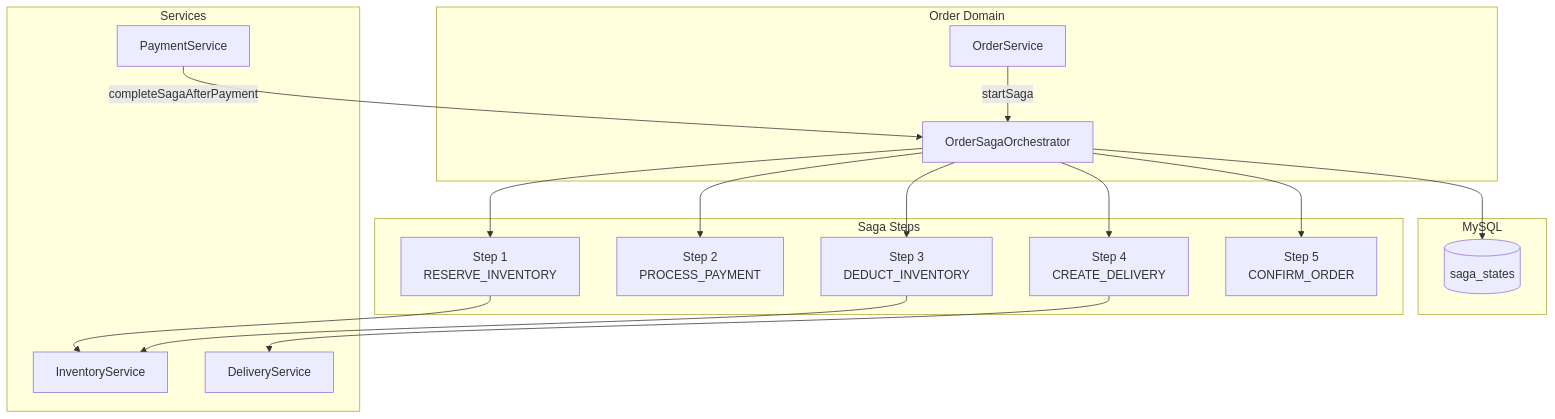
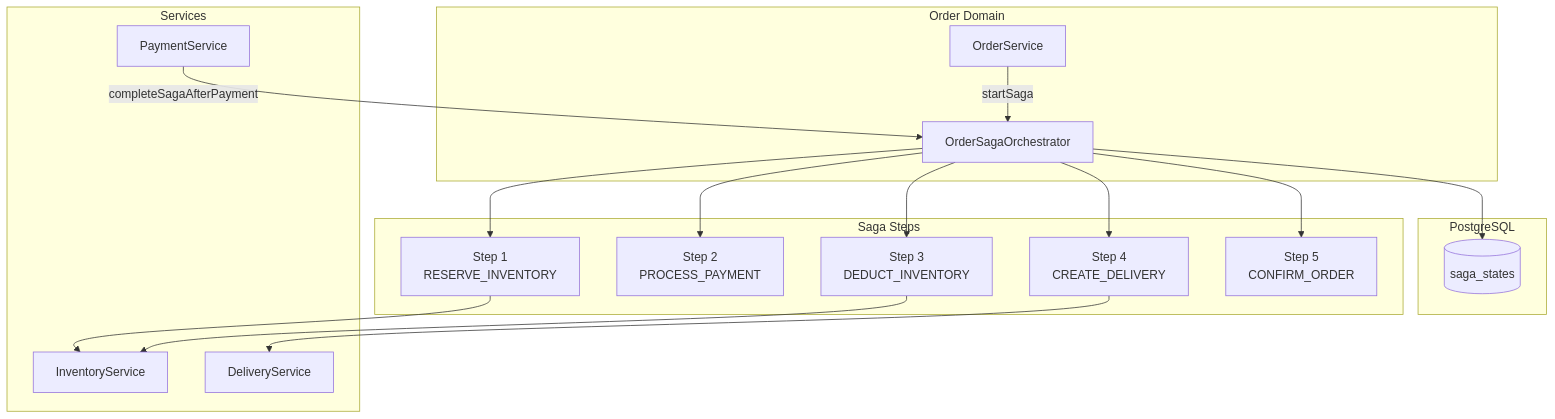
Before and after one commit to L-a-z-e/portal-universe: the first of 5 diagrams in docs/architecture/shopping-service/saga-pattern.md, drawn with Mermaid. The commit also changed other lines of this file and 28 other files, not shown here.

````diff
--- a/docs/architecture/shopping-service/saga-pattern.md
+++ b/docs/architecture/shopping-service/saga-pattern.md
@@ -32,36 +32,36 @@
 ```mermaid
 graph TB
     subgraph "Order Domain"
         OS[OrderService]
         SAGA[OrderSagaOrchestrator]
     end
 
     subgraph "Saga Steps"
         S1[Step 1<br/>RESERVE_INVENTORY]
         S2[Step 2<br/>PROCESS_PAYMENT]
         S3[Step 3<br/>DEDUCT_INVENTORY]
         S4[Step 4<br/>CREATE_DELIVERY]
         S5[Step 5<br/>CONFIRM_ORDER]
     end
 
     subgraph "Services"
         IS[InventoryService]
         PS[PaymentService]
         DS[DeliveryService]
     end
 
-    subgraph "MySQL"
+    subgraph "PostgreSQL"
         SST[(saga_states)]
     end
 
     OS -->|startSaga| SAGA
     PS -->|completeSagaAfterPayment| SAGA
 
     SAGA --> S1 --> IS
     SAGA --> S2
     SAGA --> S3 --> IS
     SAGA --> S4 --> DS
     SAGA --> S5
 
     SAGA --> SST
 ```
````
